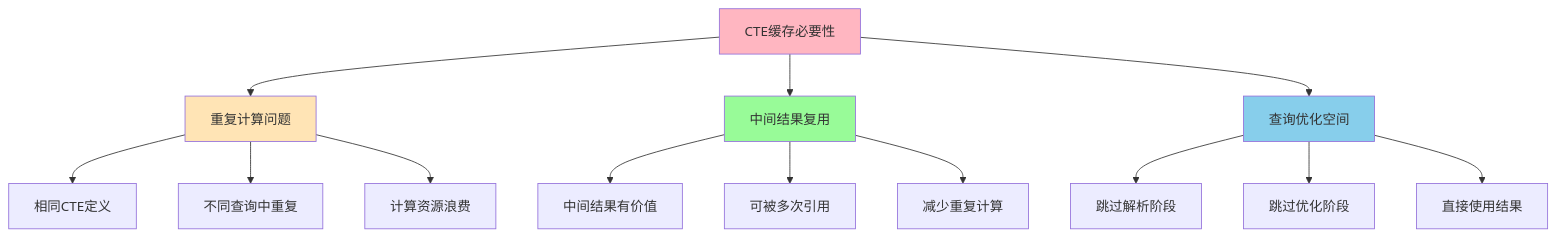
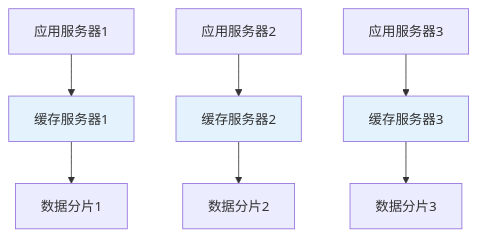
The sixth of 9 diagrams in md/第二章-相关背景与理论基础.md (crazypenguincode/duckdb), drawn with Mermaid before and after one commit. The commit also changed other lines of this file and 361 other files, not shown here.

````diff
--- a/md/第二章-相关背景与理论基础.md
+++ b/md/第二章-相关背景与理论基础.md
@@ -425,23 +435,14 @@
 ```mermaid
-graph TD
-    A[CTE缓存必要性] --> B[重复计算问题]
-    A --> C[中间结果复用]
-    A --> D[查询优化空间]
+graph TB
+    A[应用服务器1] --> D[缓存服务器1]
+    B[应用服务器2] --> E[缓存服务器2]
+    C[应用服务器3] --> F[缓存服务器3]
     
-    B --> B1[相同CTE定义]
-    B --> B2[不同查询中重复]
-    B --> B3[计算资源浪费]
+    D --> G[数据分片1]
+    E --> H[数据分片2]
+    F --> I[数据分片3]
     
-    C --> C1[中间结果有价值]
-    C --> C2[可被多次引用]
-    C --> C3[减少重复计算]
-    
-    D --> D1[跳过解析阶段]
-    D --> D2[跳过优化阶段]
-    D --> D3[直接使用结果]
-    
-    style A fill:#FFB6C1
-    style B fill:#FFE4B5
-    style C fill:#98FB98
-    style D fill:#87CEEB
+    style D fill:#e3f2fd
+    style E fill:#e3f2fd
+    style F fill:#e3f2fd
 ```
````
